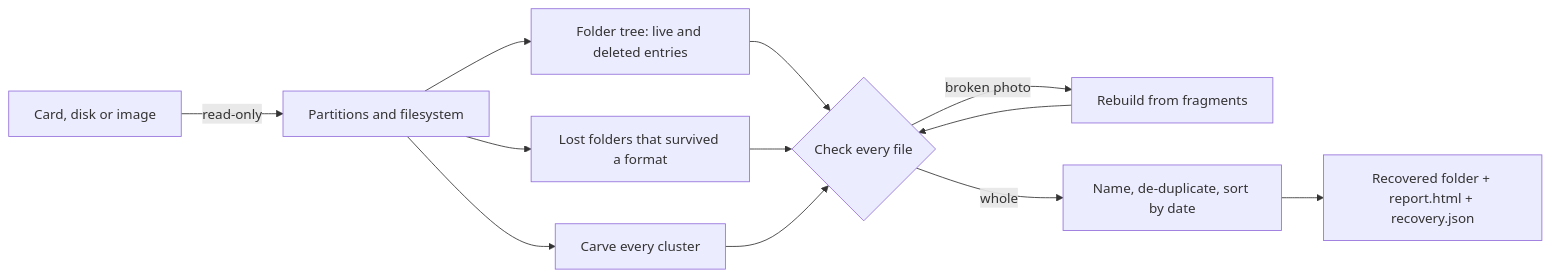
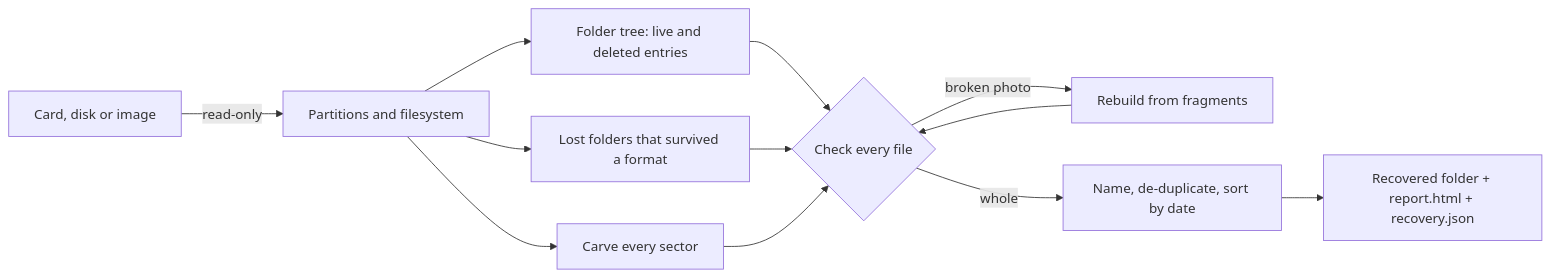
The diagram in README.md (RuikunWang506/recover-anything), drawn with Mermaid before and after one commit. The commit also changed other lines of this file and 26 other files, not shown here.

````diff
--- a/README.md
+++ b/README.md
@@ -94,14 +94,14 @@
 ```mermaid
 flowchart LR
   A[Card, disk or image] -->|read-only| B[Partitions and filesystem]
   B --> C[Folder tree: live and deleted entries]
   B --> D[Lost folders that survived a format]
-  B --> E[Carve every cluster]
+  B --> E[Carve every sector]
   C --> F{Check every file}
   D --> F
   E --> F
   F -->|broken photo| G[Rebuild from fragments]
   G --> F
   F -->|whole| H[Name, de-duplicate, sort by date]
   H --> I[Recovered folder + report.html + recovery.json]
 ```
````
